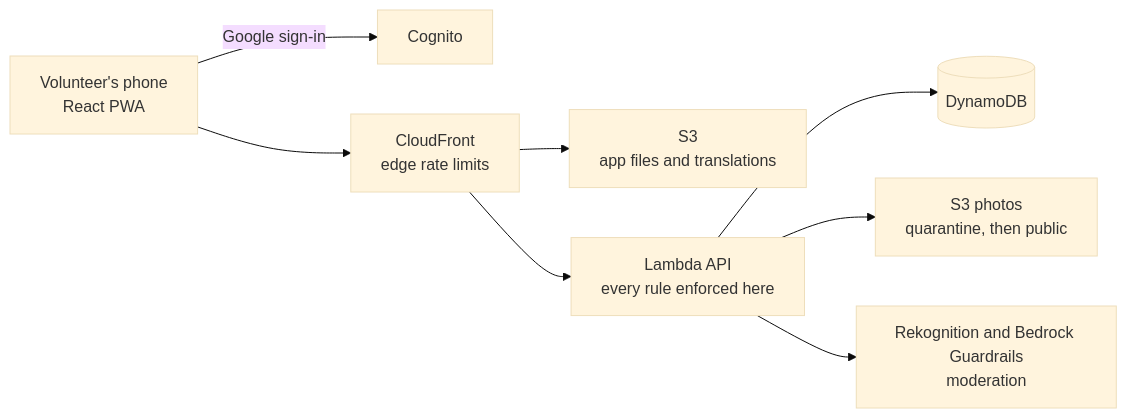
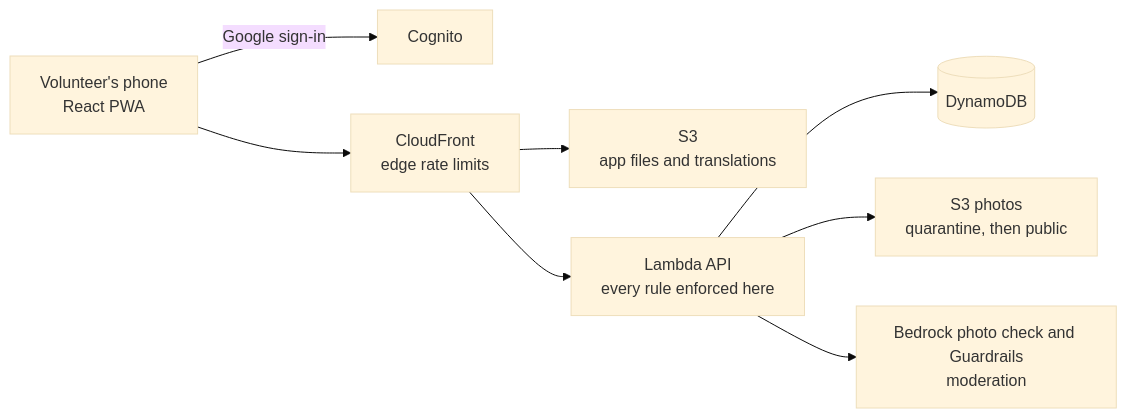
One commit to Bar-2020/silent-whisker changed the diagram in README.md. Above: the diagram before and after it, drawn with Mermaid (base theme). The commit also changed other lines of this file and 10 other files, not shown here.

````diff
--- a/README.md
+++ b/README.md
@@ -63,10 +63,10 @@
 ```mermaid
 flowchart LR
     phone["Volunteer's phone<br/>React PWA"] -- "Google sign-in" --> cognito["Cognito"]
     phone --> edge["CloudFront<br/>edge rate limits"]
     edge --> files["S3<br/>app files and translations"]
     edge --> api["Lambda API<br/>every rule enforced here"]
     api --> db[("DynamoDB")]
     api --> photos["S3 photos<br/>quarantine, then public"]
-    api --> mod["Rekognition and Bedrock Guardrails<br/>moderation"]
+    api --> mod["Bedrock photo check and Guardrails<br/>moderation"]
 ```
````
